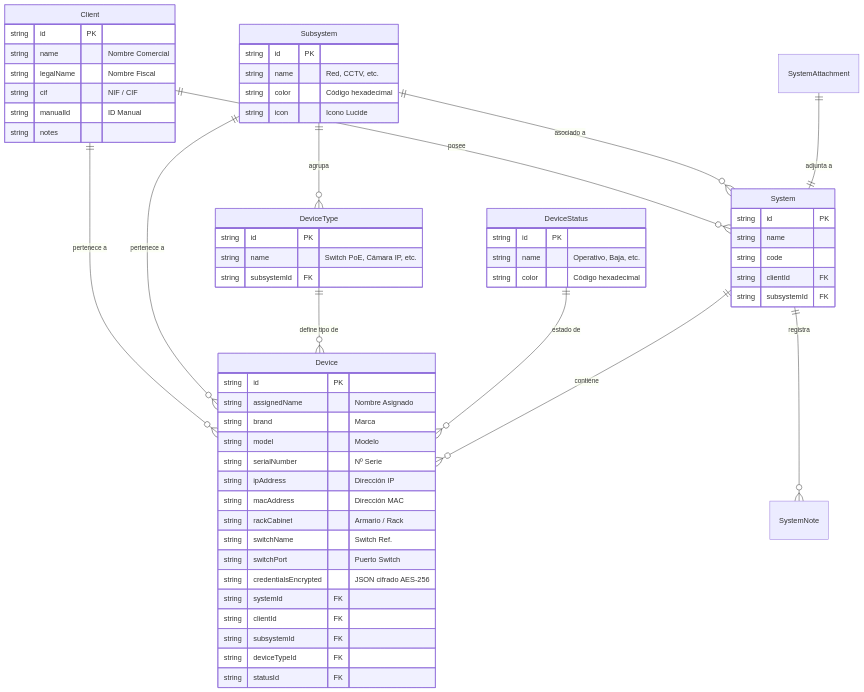
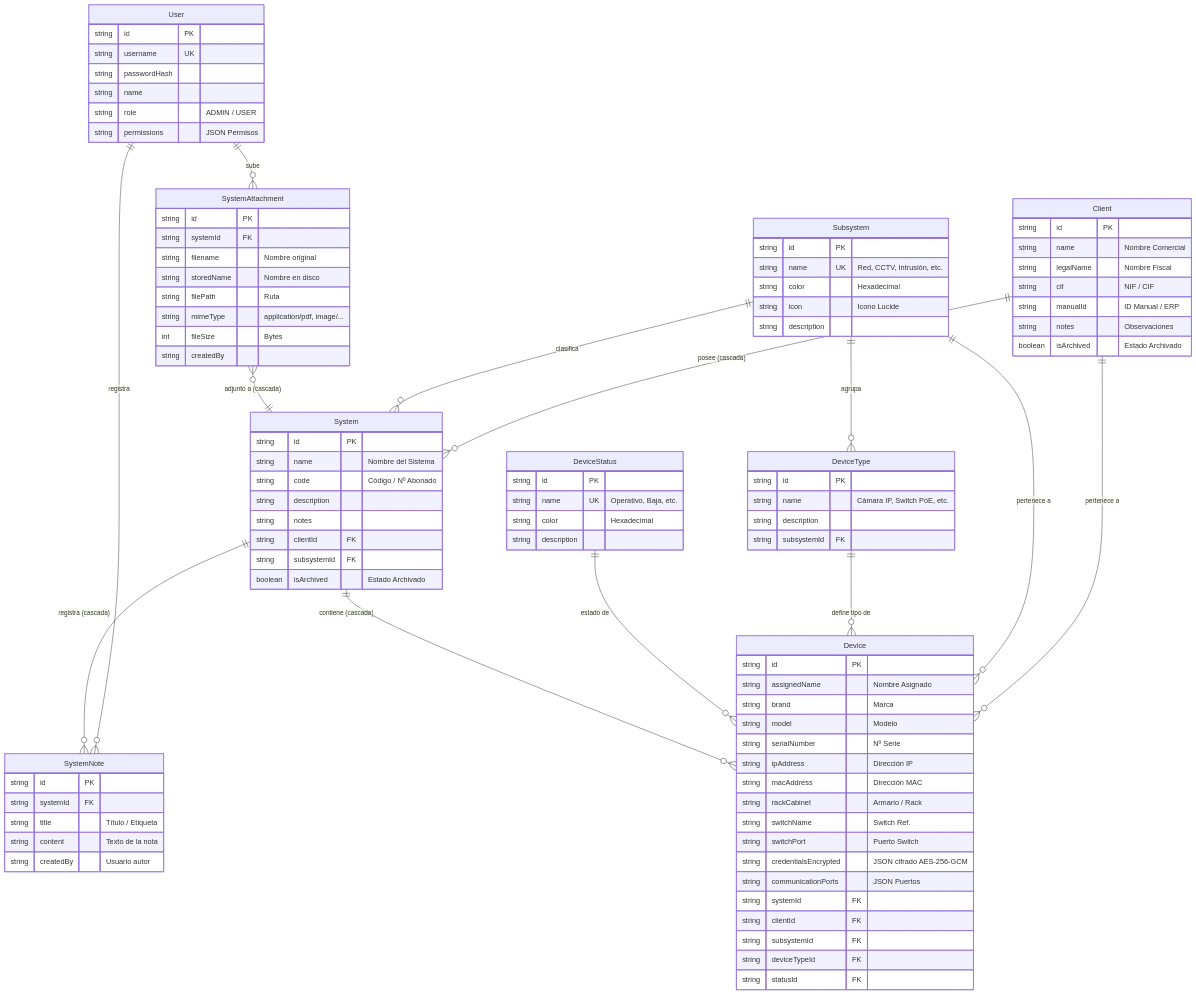
The diagram in README.md (nbcloud97/0001_INVENTARIO_DISPOSITIVOS), drawn with Mermaid before and after one commit. The commit also changed other lines of this file and 46 other files, not shown here.

Commit message:
feat: actualizacion integral de funcionalidades, integracion Beta 10, archivado en cascada y documentacion completa

````diff
--- a/README.md
+++ b/README.md
@@ -53,50 +55,87 @@
 ```mermaid
 erDiagram
-    Client ||--o{ System : "posee"
+    User ||--o{ SystemNote : "registra"
+    User ||--o{ SystemAttachment : "sube"
+    Client ||--o{ System : "posee (cascada)"
     Client ||--o{ Device : "pertenece a"
-    Subsystem ||--o{ System : "asociado a"
+    Subsystem ||--o{ System : "clasifica"
     Subsystem ||--o{ DeviceType : "agrupa"
     Subsystem ||--o{ Device : "pertenece a"
     DeviceType ||--o{ Device : "define tipo de"
     DeviceStatus ||--o{ Device : "estado de"
-    System ||--o{ Device : "contiene"
-    System ||--o{ SystemNote : "registra"
-    SystemAttachment ||--|| System : "adjunta a"
+    System ||--o{ Device : "contiene (cascada)"
+    System ||--o{ SystemNote : "registra (cascada)"
+    SystemAttachment }o--|| System : "adjunto a (cascada)"
+
+    User {
+        string id PK
+        string username UK
+        string passwordHash
+        string name
+        string role "ADMIN / USER"
+        string permissions "JSON Permisos"
+    }
 
     Client {
         string id PK
         string name "Nombre Comercial"
         string legalName "Nombre Fiscal"
         string cif "NIF / CIF"
-        string manualId "ID Manual"
-        string notes
+        string manualId "ID Manual / ERP"
+        string notes "Observaciones"
+        boolean isArchived "Estado Archivado"
     }
 
     Subsystem {
         string id PK
-        string name "Red, CCTV, etc."
-        string color "Código hexadecimal"
+        string name UK "Red, CCTV, Intrusión, etc."
+        string color "Hexadecimal"
         string icon "Icono Lucide"
+        string description
     }
 
     DeviceType {
         string id PK
-        string name "Switch PoE, Cámara IP, etc."
+        string name "Cámara IP, Switch PoE, etc."
+        string description
         string subsystemId FK
     }
 
     DeviceStatus {
         string id PK
-        string name "Operativo, Baja, etc."
-        string color "Código hexadecimal"
+        string name UK "Operativo, Baja, etc."
+        string color "Hexadecimal"
+        string description
     }
 
     System {
         string id PK
-        string name
-        string code
+        string name "Nombre del Sistema"
+        string code "Código / Nº Abonado"
+        string description
+        string notes
         string clientId FK
         string subsystemId FK
+        boolean isArchived "Estado Archivado"
+    }
+
+    SystemNote {
+        string id PK
+        string systemId FK
+        string title "Título / Etiqueta"
+        string content "Texto de la nota"
+        string createdBy "Usuario autor"
+    }
+
+    SystemAttachment {
+        string id PK
+        string systemId FK
+        string filename "Nombre original"
+        string storedName "Nombre en disco"
+        string filePath "Ruta"
+        string mimeType "application/pdf, image/..."
+        int fileSize "Bytes"
+        string createdBy
     }
 
     Device {
@@ -110,7 +149,8 @@
         string rackCabinet "Armario / Rack"
         string switchName "Switch Ref."
         string switchPort "Puerto Switch"
-        string credentialsEncrypted "JSON cifrado AES-256"
+        string credentialsEncrypted "JSON cifrado AES-256-GCM"
+        string communicationPorts "JSON Puertos"
         string systemId FK
         string clientId FK
         string subsystemId FK
````
